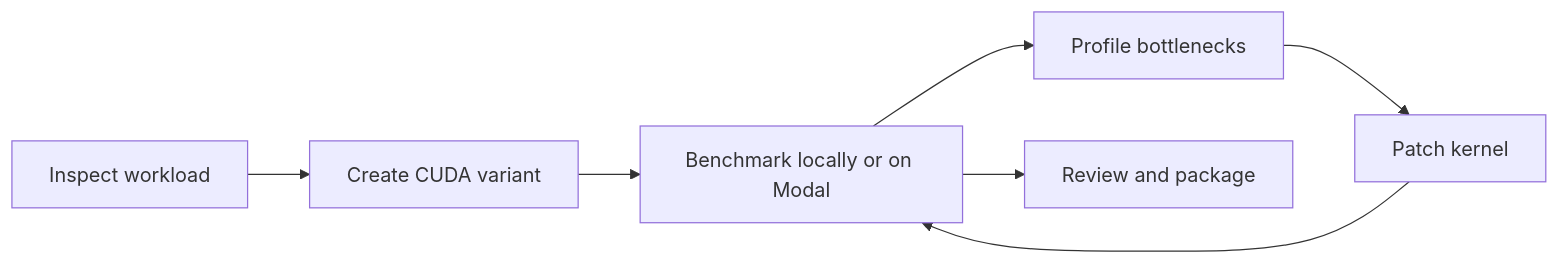
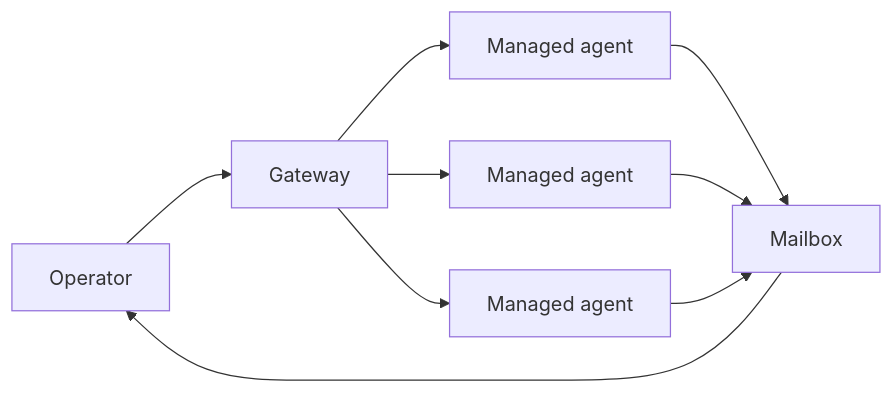
Before and after one commit to igamenovoer/hmdemo-mlsys26-contest: the first of 2 diagrams in slides/pages/demo-package-intro.md, drawn with Mermaid. The commit also changed other lines of this file and 3 other files, not shown here.

````diff
--- a/slides/pages/demo-package-intro.md
+++ b/slides/pages/demo-package-intro.md
@@ -70,9 +92,11 @@
 ```mermaid
 flowchart LR
-  A[Inspect workload] --> B[Create CUDA variant]
-  B --> C[Benchmark locally or on Modal]
-  C --> D[Profile bottlenecks]
-  D --> E[Patch kernel]
-  E --> C
-  C --> F[Review and package]
+  O[Operator] --> G[Gateway]
+  G --> A[Managed agent]
+  G --> B[Managed agent]
+  G --> C[Managed agent]
+  A --> M[Mailbox]
+  B --> M
+  C --> M
+  M --> O
 ```
````
